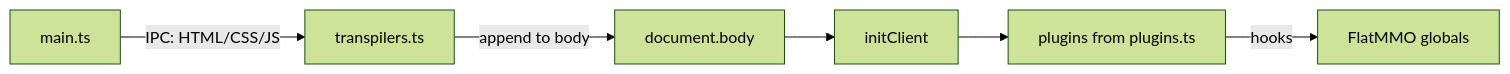
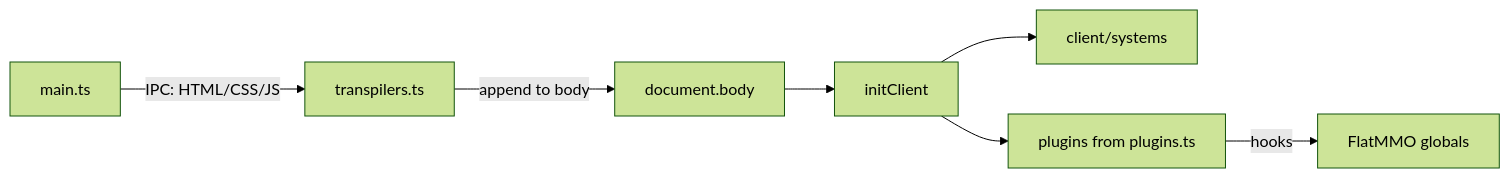
Before and after one commit to FlatOinky/FlatOinky: the diagram in src/renderer/AGENTS.md, drawn with Mermaid (forest theme). The commit also changed other lines of this file and 23 other files, not shown here.

````diff
--- a/src/renderer/AGENTS.md
+++ b/src/renderer/AGENTS.md
@@ -19,8 +19,9 @@
 ```mermaid
 flowchart LR
   mainTs["main.ts"] -->|"IPC: HTML/CSS/JS"| transpile["transpilers.ts"]
   transpile -->|"append to body"| body["document.body"]
   body --> initClient["initClient"]
+  initClient --> systems["client/systems"]
   initClient --> plugins["plugins from plugins.ts"]
   plugins -->|"hooks"| game["FlatMMO globals"]
 ```
````
